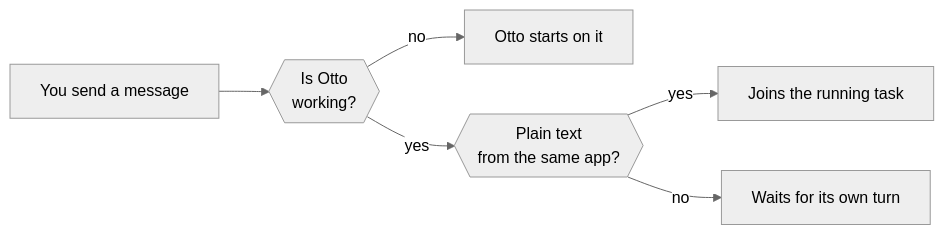
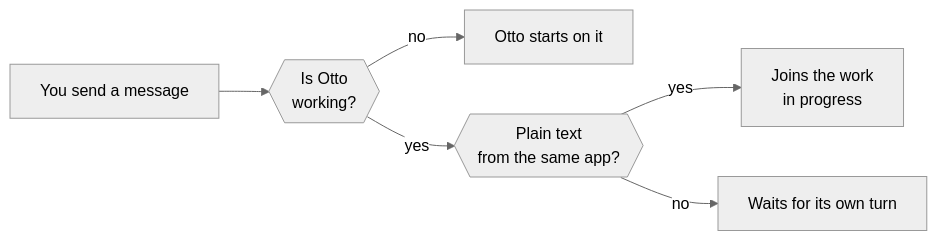
The diagram in docs/src/content/docs/use/chat.md (n8n-io/nod), drawn with Mermaid (neutral theme) before and after one commit. The commit also changed other lines of this file and 16 other files, not shown here.

````diff
--- a/docs/src/content/docs/use/chat.md
+++ b/docs/src/content/docs/use/chat.md
@@ -25,8 +25,8 @@
 ```mermaid
 flowchart LR
   new[You send a message] --> busy{{Is Otto<br/>working?}}
   busy -- no --> run[Otto starts on it]:::go
   busy -- yes --> plain{{Plain text<br/>from the same app?}}
-  plain -- yes --> join[Joins the running task]:::accent
+  plain -- yes --> join[Joins the work<br/>in progress]:::accent
   plain -- no --> queue[Waits for its own turn]:::muted
 ```
````
